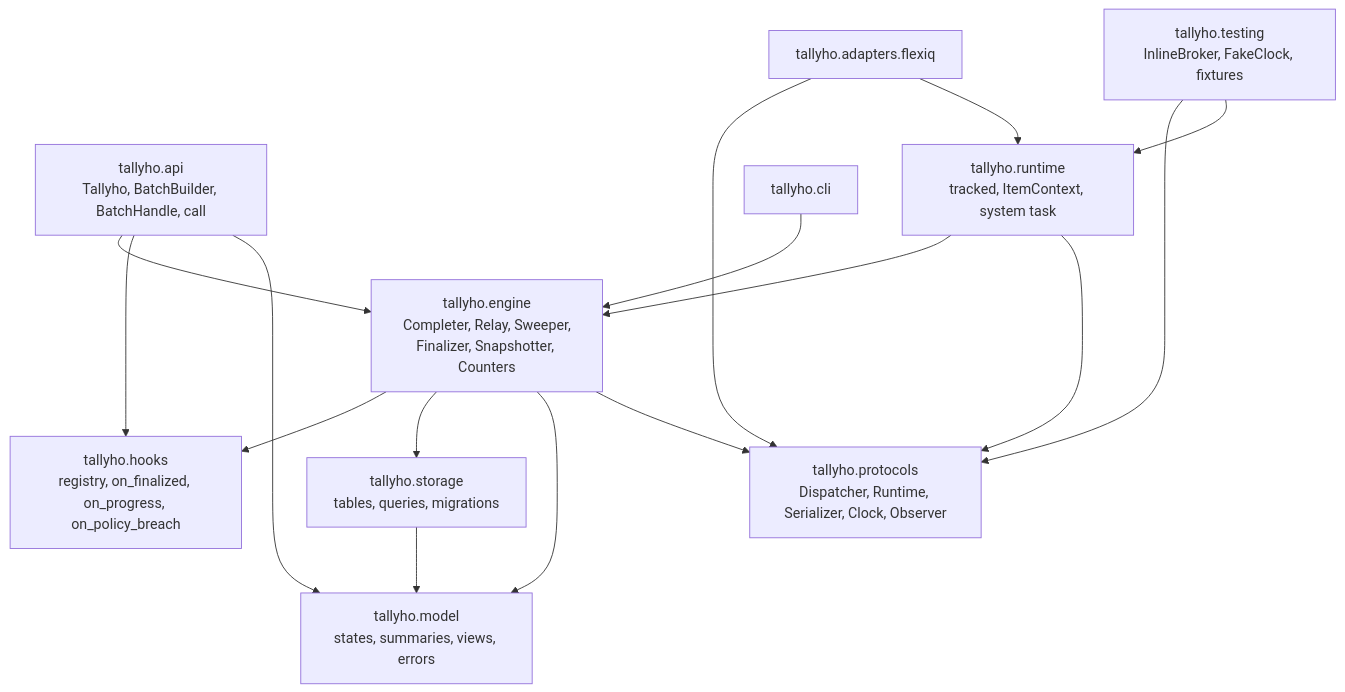
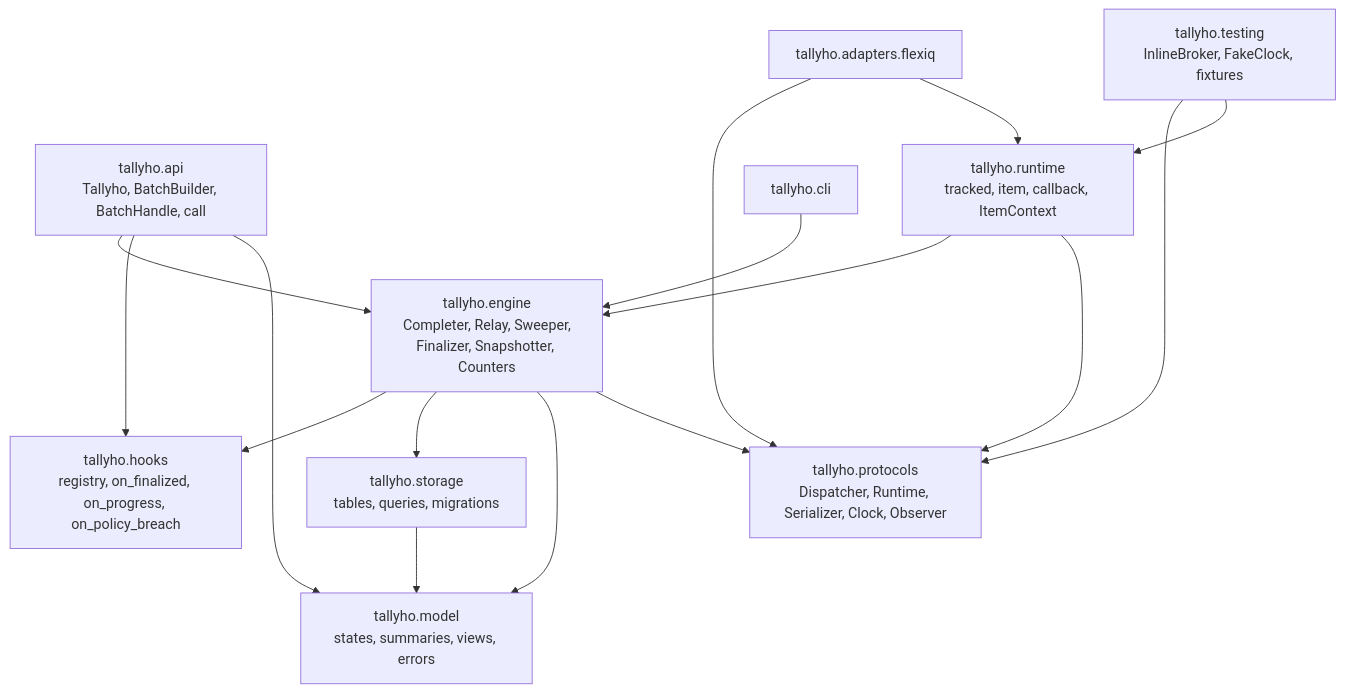
The third of 40 diagrams in docs/ARCHITECTURE.md (0cherednoq/Tallyho), drawn with Mermaid before and after one commit. The commit also changed other lines of this file, not shown here.

First line of the commit message:
Fix-13: ARCHITECTURE — публичный API задачи и потоковое добавление

````diff
--- a/docs/ARCHITECTURE.md
+++ b/docs/ARCHITECTURE.md
@@ -165,29 +165,29 @@
 ```mermaid
 flowchart TB
     api["tallyho.api<br/>Tallyho, BatchBuilder, BatchHandle, call"]
     hooks["tallyho.hooks<br/>registry, on_finalized, on_progress, on_policy_breach"]
-    item["tallyho.runtime<br/>tracked, ItemContext, system task"]
+    item["tallyho.runtime<br/>tracked, item, callback, ItemContext"]
     eng["tallyho.engine<br/>Completer, Relay, Sweeper,<br/>Finalizer, Snapshotter, Counters"]
     st["tallyho.storage<br/>tables, queries, migrations"]
     model["tallyho.model<br/>states, summaries, views, errors"]
     proto["tallyho.protocols<br/>Dispatcher, Runtime, Serializer, Clock, Observer"]
     ad["tallyho.adapters.flexiq"]
     test["tallyho.testing<br/>InlineBroker, FakeClock, fixtures"]
     cli["tallyho.cli"]
 
     api --> eng
     api --> hooks
     api --> model
     eng --> hooks
     eng --> st
     eng --> model
     eng --> proto
     item --> eng
     item --> proto
     st --> model
     ad --> proto
     ad --> item
     test --> proto
     test --> item
     cli --> eng
 ```
````
